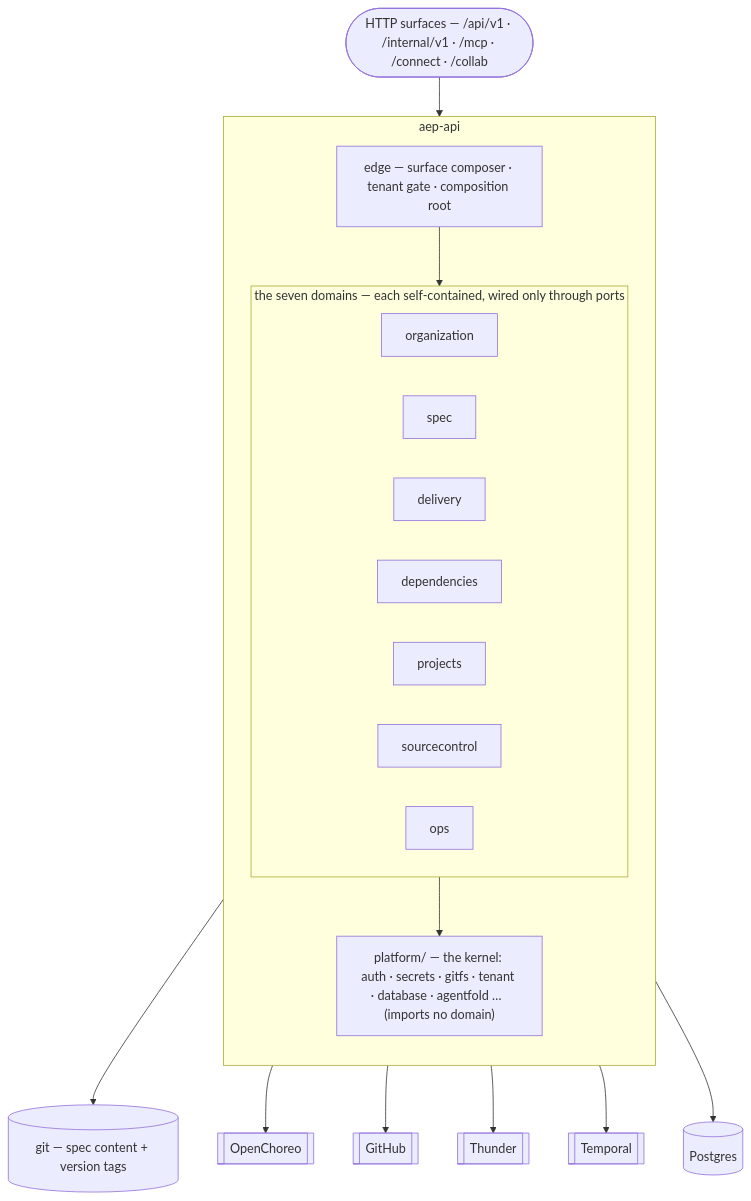
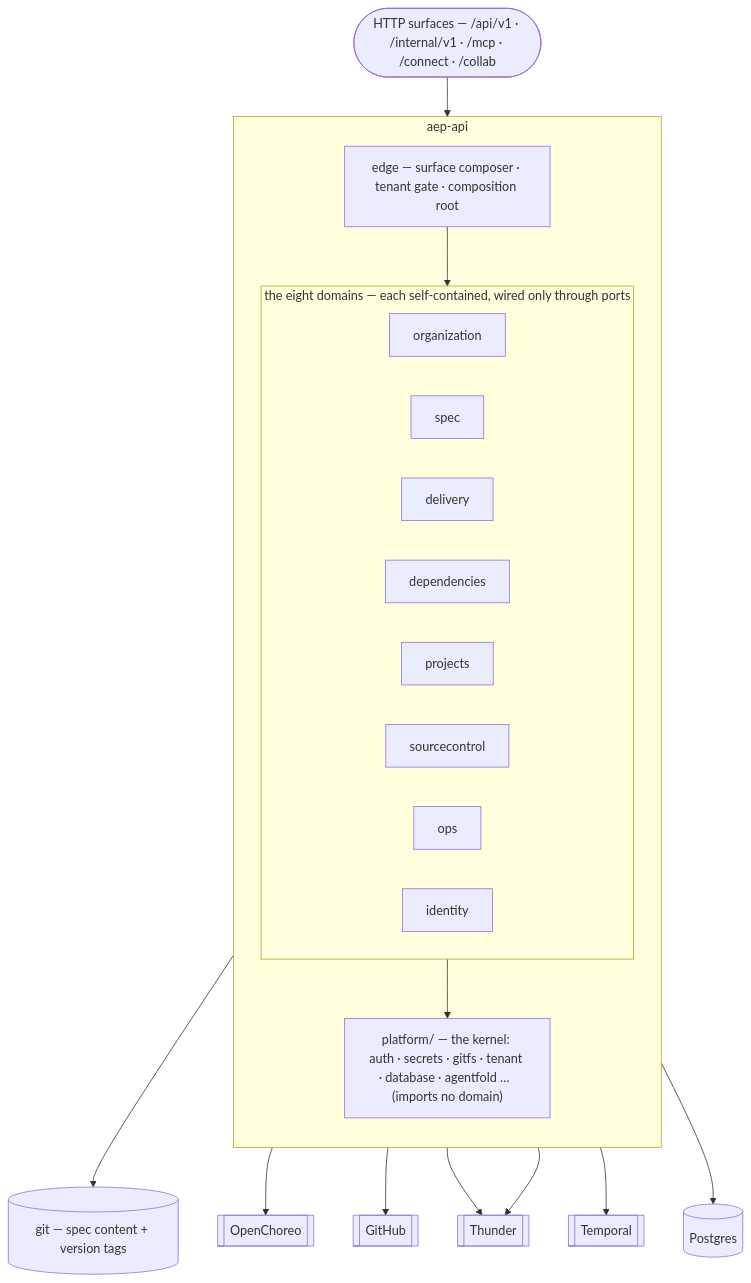
Before and after one commit to KCSAbeywickrama/labs-agentic-engineer: the diagram in services/aep-api/README.md, drawn with Mermaid. The commit also changed other lines of this file and 118 other files, not shown here.

````diff
--- a/services/aep-api/README.md
+++ b/services/aep-api/README.md
@@ -16,28 +16,30 @@
 ```mermaid
 flowchart TB
   SURF(["HTTP surfaces — /api/v1 · /internal/v1 · /mcp · /connect · /collab"])
   subgraph AEPAPI["aep-api"]
     direction TB
     EDGE["edge — surface composer · tenant gate · composition root"]
-    subgraph DOMAINS["the seven domains — each self-contained, wired only through ports"]
+    subgraph DOMAINS["the eight domains — each self-contained, wired only through ports"]
       direction LR
       ORG["organization"]
       SPEC["spec"]
       DEL["delivery"]
       DEP["dependencies"]
       PROJ["projects"]
       SC["sourcecontrol"]
       OPS["ops"]
+      IDN["identity"]
     end
     PLAT["platform/ — the kernel: auth · secrets · gitfs · tenant · database · agentfold …  (imports no domain)"]
     EDGE --> DOMAINS
     DOMAINS --> PLAT
   end
   SURF --> EDGE
   DOMAINS --> PG[("Postgres")]
   SPEC --> GIT[("git — spec content + version tags")]
   DEP --> OC[[OpenChoreo]]
   SC --> GH[[GitHub]]
   ORG --> TH[[Thunder]]
+  IDN --> TH
   DEL --> TMP[[Temporal]]
 ```
````
